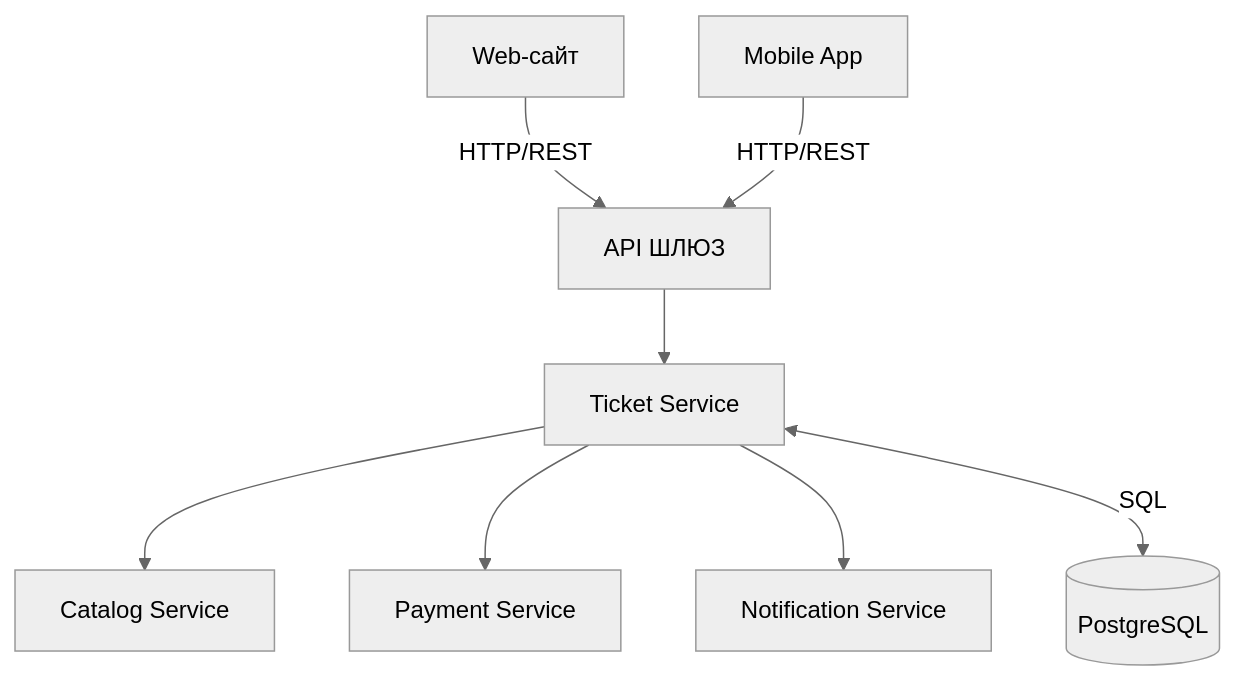
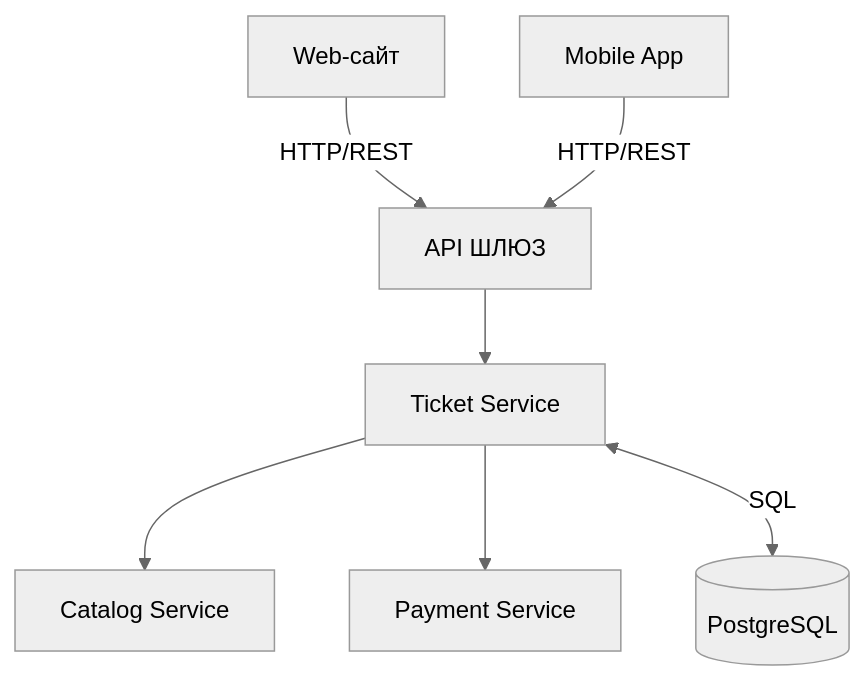
The diagram in arkhitekturnye-kata/eventhub-platforma-prodazhi-biletov-na-meropriy/arkhitekturnoe-kata-quickfix-servis-vyzova/terin-ivan.mermaid (sinitsina098-hash/practice_2026), drawn with Mermaid (neutral theme) before and after one commit. The commit also changed 1 other file, not shown here.

```diff
--- a/arkhitekturnye-kata/eventhub-platforma-prodazhi-biletov-na-meropriy/arkhitekturnoe-kata-quickfix-servis-vyzova/terin-ivan.mermaid
+++ b/arkhitekturnye-kata/eventhub-platforma-prodazhi-biletov-na-meropriy/arkhitekturnoe-kata-quickfix-servis-vyzova/terin-ivan.mermaid
@@ -1,9 +1,9 @@
 flowchart TD
     Web["Web-сайт"] -->|"HTTP/REST"| Gateway["API ШЛЮЗ"]
     Mobile["Mobile App"] -->|"HTTP/REST"| Gateway
     Gateway --> TicketService["Ticket Service"]
     
     TicketService --> Catalog["Catalog Service"]
     TicketService --> Payment["Payment Service"]
-    TicketService --> Notification["Notification Service"]
+    
     TicketService <-->|"SQL"| TicketDB[("PostgreSQL")]
```
